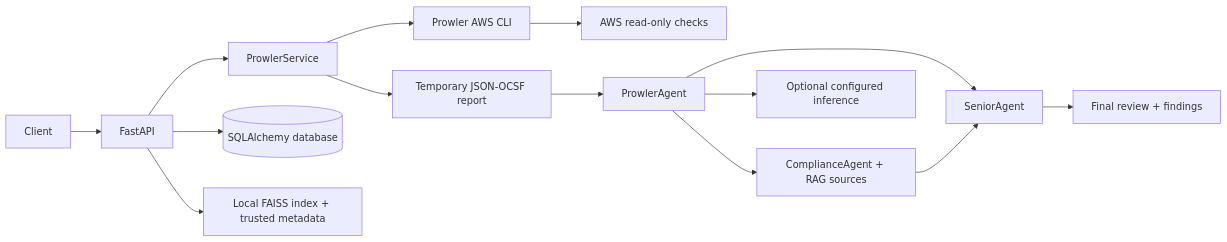
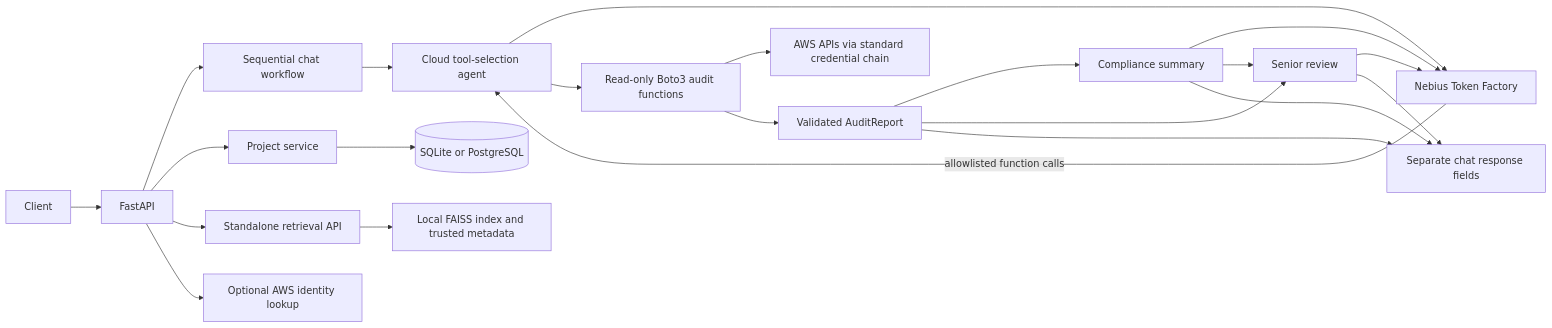
One commit to anubhavbuildz/indra-ai changed the diagram in docs/architecture.md. Above: the diagram before and after it, drawn with Mermaid. The commit also changed other lines of this file and 57 other files, not shown here.

````diff
--- a/docs/architecture.md
+++ b/docs/architecture.md
@@ -3,16 +3,24 @@
 ```mermaid
 flowchart LR
     Client --> FastAPI
-    FastAPI --> ProwlerService
-    ProwlerService --> CLI[Prowler AWS CLI]
-    CLI --> AWS[AWS read-only checks]
-    ProwlerService --> JSON[Temporary JSON-OCSF report]
-    JSON --> Agent[ProwlerAgent]
-    Agent --> Compliance[ComplianceAgent + RAG sources]
-    Agent --> Senior[SeniorAgent]
+    FastAPI --> Chat[Sequential chat workflow]
+    Chat --> Cloud[Cloud tool-selection agent]
+    Cloud --> Nebius[Nebius Token Factory]
+    Nebius -->|allowlisted function calls| Cloud
+    Cloud --> Auditor[Read-only Boto3 audit functions]
+    Auditor --> AWS[AWS APIs via standard credential chain]
+    Auditor --> Report[Validated AuditReport]
+    Report --> Compliance[Compliance summary]
+    Compliance --> Nebius
+    Report --> Senior[Senior review]
     Compliance --> Senior
-    Senior --> Result[Final review + findings]
-    FastAPI --> DB[(SQLAlchemy database)]
-    Agent --> NVIDIA[Optional configured inference]
-    FastAPI --> FAISS[Local FAISS index + trusted metadata]
+    Senior --> Nebius
+    Report --> ChatResponse[Separate chat response fields]
+    Compliance --> ChatResponse
+    Senior --> ChatResponse
+    FastAPI --> Projects[Project service]
+    Projects --> DB[(SQLite or PostgreSQL)]
+    FastAPI --> RAG[Standalone retrieval API]
+    RAG --> FAISS[Local FAISS index and trusted metadata]
+    FastAPI --> STS[Optional AWS identity lookup]
 ```
````
